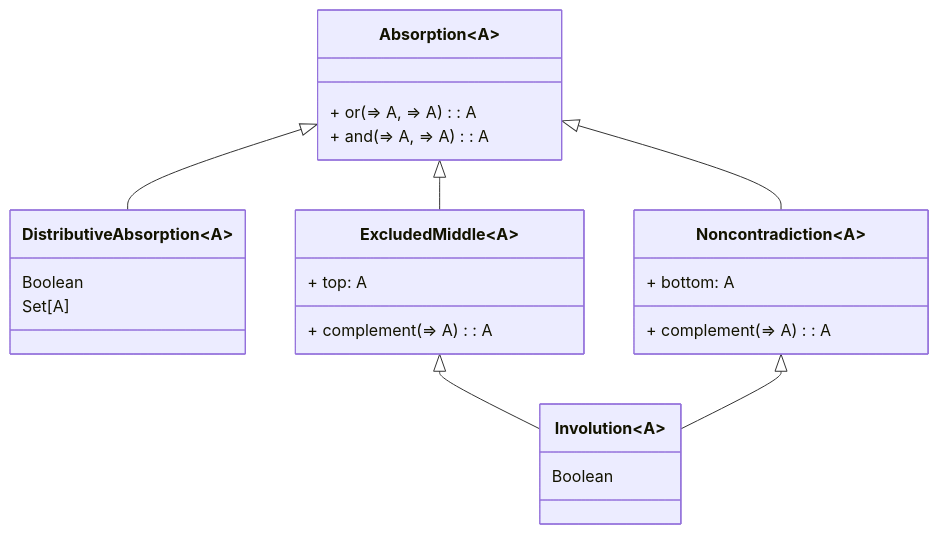
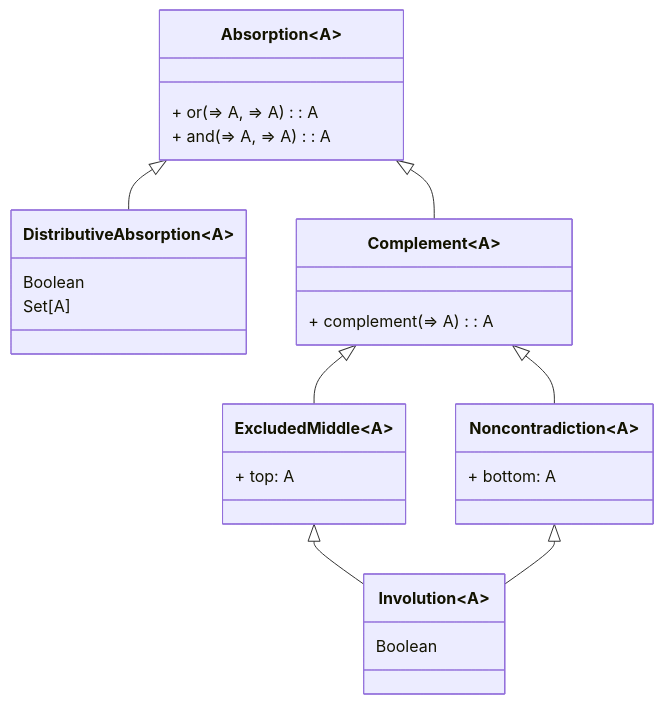
Before and after one commit to zio/zio-prelude: the first of 8 diagrams in docs/functional-abstractions/abstraction-diagrams.md, drawn with Mermaid. The commit also changed other lines of this file and 59 other files, not shown here.

````diff
--- a/docs/functional-abstractions/abstraction-diagrams.md
+++ b/docs/functional-abstractions/abstraction-diagrams.md
@@ -9,27 +9,29 @@
 ```mermaid
 classDiagram
   Absorption~A~ <|-- DistributiveAbsorption~A~
-  Absorption~A~ <|-- Noncontradiction~A~
-  Absorption~A~ <|-- ExcludedMiddle~A~
+  Absorption~A~ <|-- Complement~A~
+  Complement~A~ <|-- Noncontradiction~A~
+  Complement~A~ <|-- ExcludedMiddle~A~
   ExcludedMiddle~A~ <|-- Involution~A~
   Noncontradiction~A~ <|-- Involution~A~
   class Absorption~A~{
     + or(=> A, => A): A
     + and(=> A, => A): A
   }
+  class Complement~A~{
+    + complement(=> A): A
+  }
   class DistributiveAbsorption~A~{
     Boolean
     Set[A]
   }
   class Noncontradiction~A~{
-    + complement(=> A): A
     + bottom: A
   }
   class ExcludedMiddle~A~{
-    + complement(=> A): A
     + top: A
   }
   class Involution~A~{
     Boolean
   }
 ```
````
